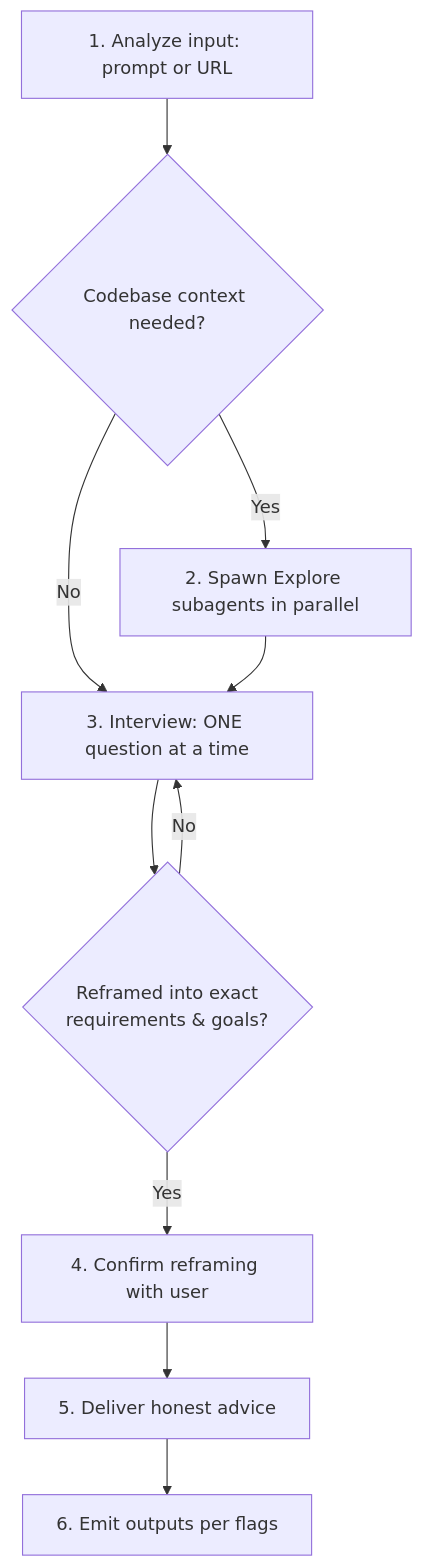
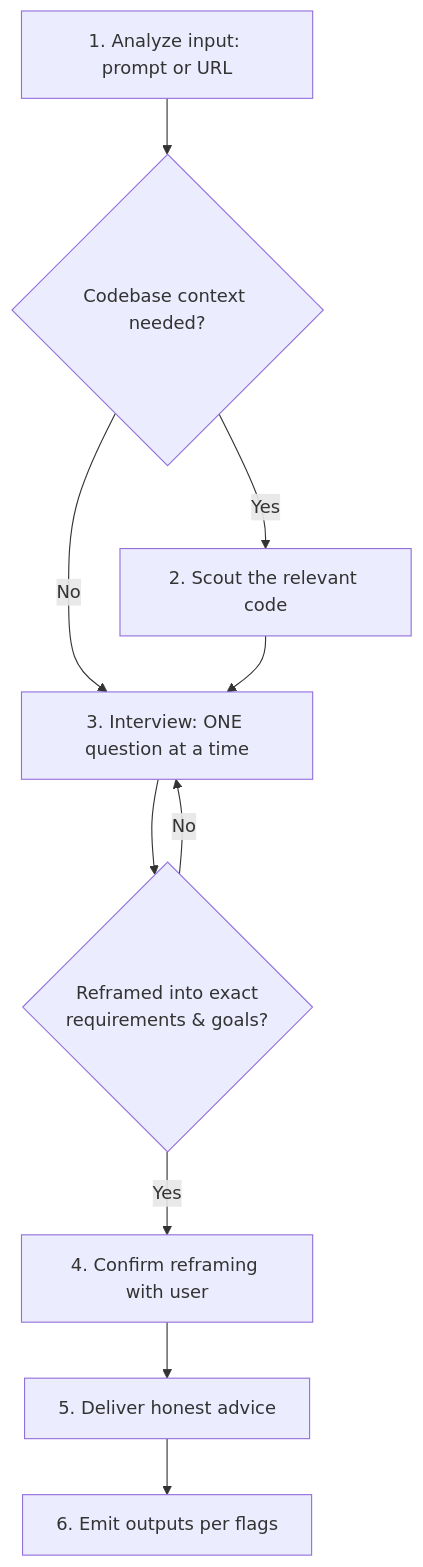
The diagram in kits/engineer/skills/ak-advise/SKILL.md (quanganh208/chatofy), drawn with Mermaid before and after one commit. The commit also changed other lines of this file and 524 other files, not shown here.

````diff
--- a/kits/engineer/skills/ak-advise/SKILL.md
+++ b/kits/engineer/skills/ak-advise/SKILL.md
@@ -58,12 +58,12 @@
 ```mermaid
 flowchart TD
     A[1. Analyze input: prompt or URL] --> B{Codebase context needed?}
-    B -->|Yes| C[2. Spawn Explore subagents in parallel]
+    B -->|Yes| C[2. Scout the relevant code]
     B -->|No| D
     C --> D[3. Interview: ONE question at a time]
     D --> E{Reframed into exact<br/>requirements & goals?}
     E -->|No| D
     E -->|Yes| F[4. Confirm reframing with user]
     F --> G[5. Deliver honest advice]
     G --> H[6. Emit outputs per flags]
 ```
````
